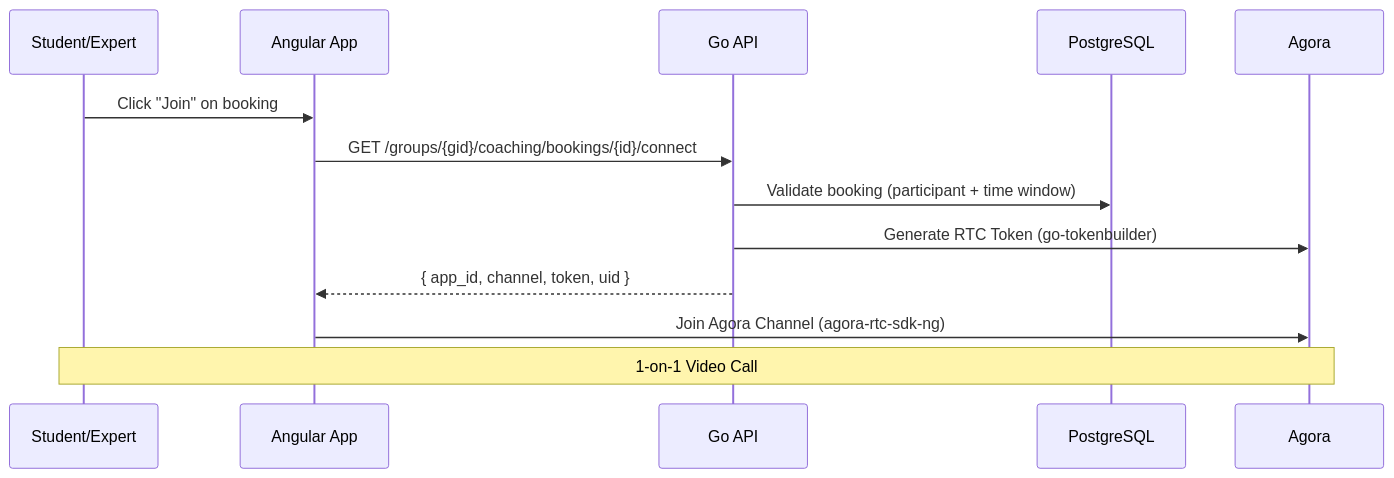
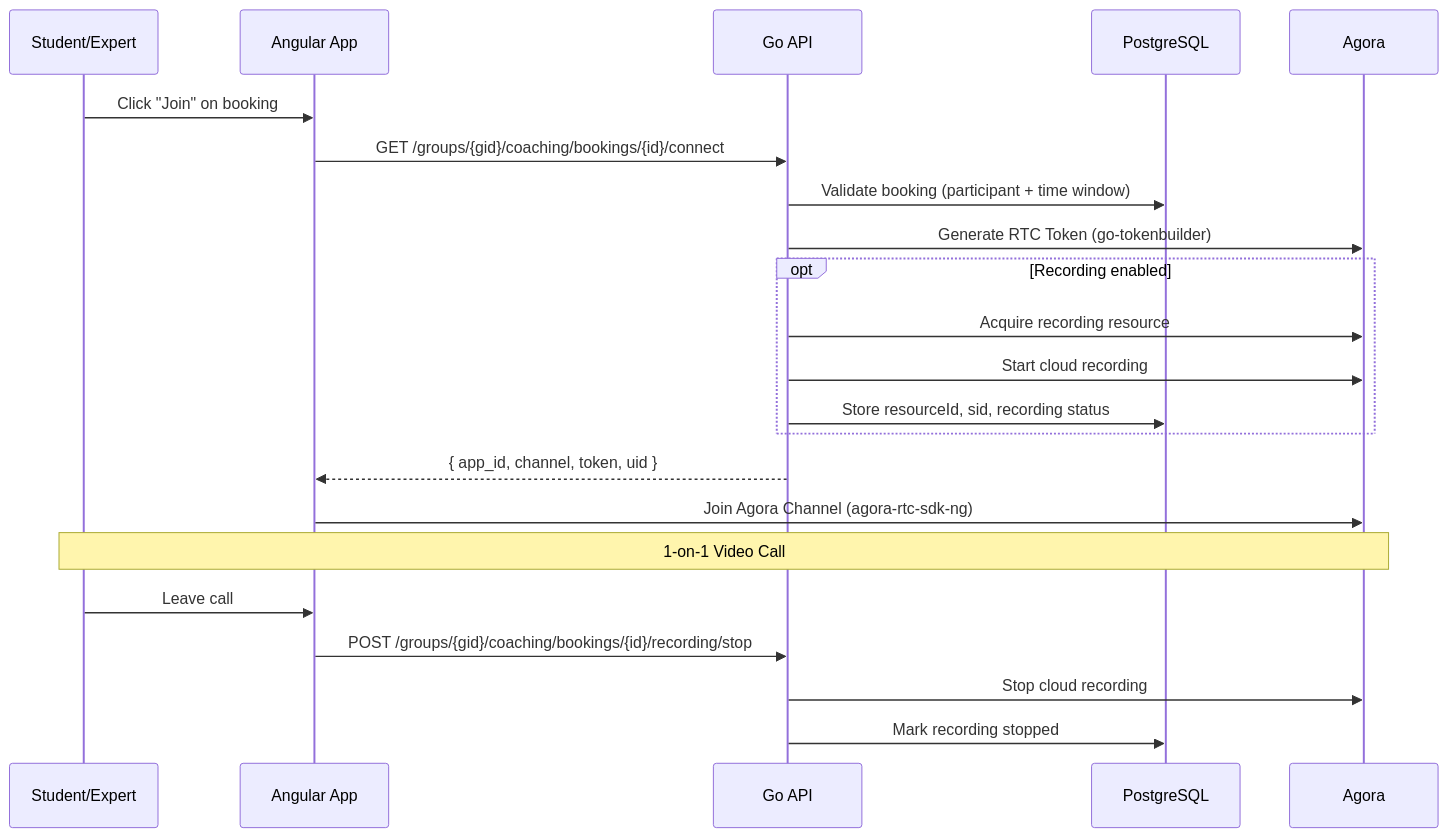
The fourth of 8 diagrams in README.md (OZIOisgood/zeta), drawn with Mermaid before and after one commit. The commit also changed other lines of this file and 22 other files, not shown here.

First line of the commit message:
feat(coaching): add recording management functionality

````diff
--- a/README.md
+++ b/README.md
@@ -167,16 +173,25 @@
 ```mermaid
 sequenceDiagram
     participant U as Student/Expert
     participant W as Angular App
     participant A as Go API
     participant D as PostgreSQL
     participant AG as Agora
 
     U->>W: Click "Join" on booking
     W->>A: GET /groups/{gid}/coaching/bookings/{id}/connect
     A->>D: Validate booking (participant + time window)
     A->>AG: Generate RTC Token (go-tokenbuilder)
+    opt Recording enabled
+        A->>AG: Acquire recording resource
+        A->>AG: Start cloud recording
+        A->>D: Store resourceId, sid, recording status
+    end
     A-->>W: { app_id, channel, token, uid }
     W->>AG: Join Agora Channel (agora-rtc-sdk-ng)
     Note over U,AG: 1-on-1 Video Call
+    U->>W: Leave call
+    W->>A: POST /groups/{gid}/coaching/bookings/{id}/recording/stop
+    A->>AG: Stop cloud recording
+    A->>D: Mark recording stopped
 ```
````
